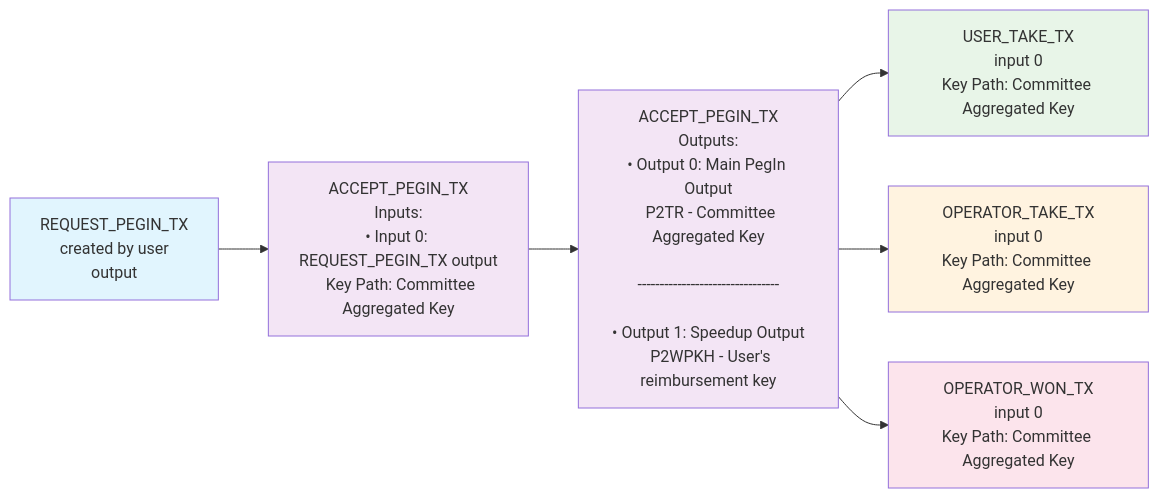
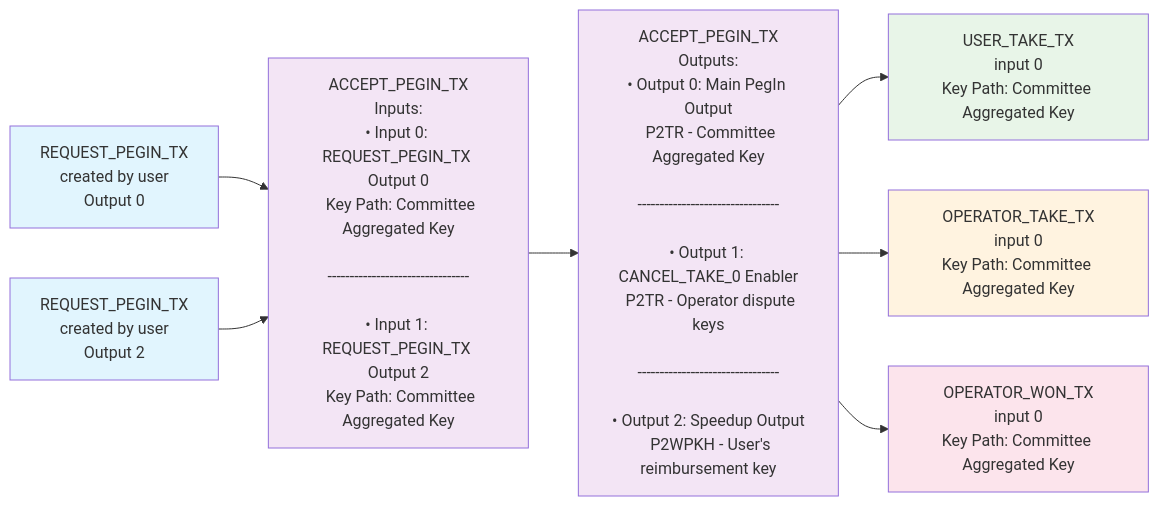
One commit to rsksmart/union-bridge-contracts changed diagram 15 of 21 in bitcoin-transactions.md. Above: the diagram before and after it, drawn with Mermaid. The commit also changed other lines of this file, not shown here.

````diff
--- a/bitcoin-transactions.md
+++ b/bitcoin-transactions.md
@@ -519,17 +602,19 @@
 ```mermaid
 graph LR
-    A[REQUEST_PEGIN_TX<br/>created by user<br/>output] --> B[ACCEPT_PEGIN_TX<br/>Inputs:<br/>• Input 0: REQUEST_PEGIN_TX output<br/>  Key Path: Committee Aggregated Key]
-    B --> C[ACCEPT_PEGIN_TX<br/>Outputs:<br/>• Output 0: Main PegIn Output<br/>  P2TR - Committee Aggregated Key<br/><br/>--------------------------------<br/><br/>• Output 1: Speedup Output<br/>  P2WPKH - User's reimbursement key]
+    A[REQUEST_PEGIN_TX<br/>created by user<br/>Output 0] --> B[ACCEPT_PEGIN_TX<br/>Inputs:<br/>• Input 0: REQUEST_PEGIN_TX Output 0<br/>  Key Path: Committee Aggregated Key<br/><br/>--------------------------------<br/><br/>• Input 1: REQUEST_PEGIN_TX Output 2<br/>  Key Path: Committee Aggregated Key]
+    G[REQUEST_PEGIN_TX<br/>created by user<br/>Output 2] --> B
+    B --> C[ACCEPT_PEGIN_TX<br/>Outputs:<br/>• Output 0: Main PegIn Output<br/>  P2TR - Committee Aggregated Key<br/><br/>--------------------------------<br/><br/>• Output 1: CANCEL_TAKE_0 Enabler<br/>  P2TR - Operator dispute keys<br/><br/>--------------------------------<br/><br/>• Output 2: Speedup Output<br/>  P2WPKH - User's reimbursement key]
     
     %% Flow to next transactions
     C --> D[USER_TAKE_TX<br/>input 0<br/>Key Path: Committee Aggregated Key]
     C --> E[OPERATOR_TAKE_TX<br/>input 0<br/>Key Path: Committee Aggregated Key]
     C --> F[OPERATOR_WON_TX<br/>input 0<br/>Key Path: Committee Aggregated Key]
     
     style A fill:#e1f5fe
+    style G fill:#e1f5fe
     style B fill:#f3e5f5
     style C fill:#f3e5f5
     style D fill:#e8f5e8
     style E fill:#fff3e0
     style F fill:#fce4ec
 ```
````
